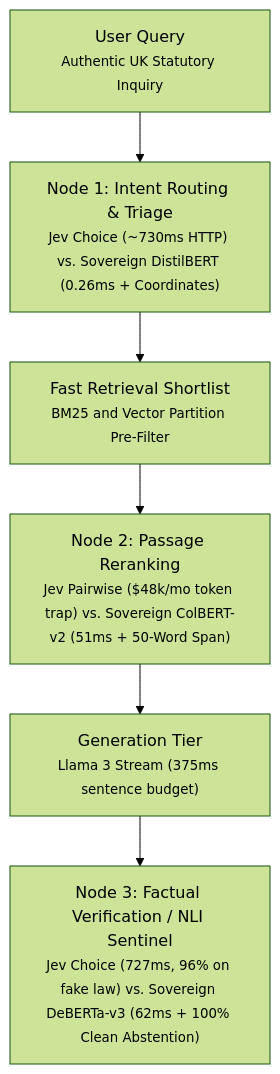
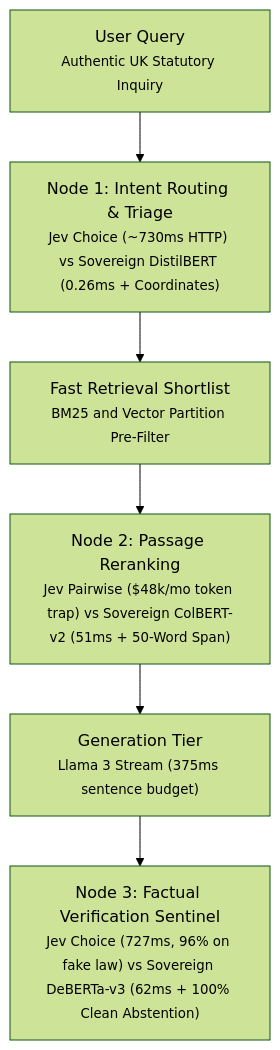
One commit to azterizm/jev-vs-sovereign-benchmark changed the diagram in README.md. Above: the diagram before and after it, drawn with Mermaid (forest theme). The commit also changed other lines of this file, not shown here.

````diff
--- a/README.md
+++ b/README.md
@@ -20,8 +10,8 @@
 ```mermaid
 flowchart TD
-    UQ["User Query<br/><small>Authentic UK Statutory Inquiry</small>"] --> N1["Node 1: Intent Routing & Triage<br/><small>Jev Choice (~730ms HTTP) vs. Sovereign DistilBERT (0.26ms + Coordinates)</small>"]
+    UQ["User Query<br/><small>Authentic UK Statutory Inquiry</small>"] --> N1["Node 1: Intent Routing & Triage<br/><small>Jev Choice (~730ms HTTP) vs Sovereign DistilBERT (0.26ms + Coordinates)</small>"]
     N1 --> BM["Fast Retrieval Shortlist<br/><small>BM25 and Vector Partition Pre-Filter</small>"]
-    BM --> N2["Node 2: Passage Reranking<br/><small>Jev Pairwise ($48k/mo token trap) vs. Sovereign ColBERT-v2 (51ms + 50-Word Span)</small>"]
+    BM --> N2["Node 2: Passage Reranking<br/><small>Jev Pairwise ($48k/mo token trap) vs Sovereign ColBERT-v2 (51ms + 50-Word Span)</small>"]
     N2 --> GEN["Generation Tier<br/><small>Llama 3 Stream (375ms sentence budget)</small>"]
-    GEN --> N3["Node 3: Factual Verification / NLI Sentinel<br/><small>Jev Choice (727ms, 96% on fake law) vs. Sovereign DeBERTa-v3 (62ms + 100% Clean Abstention)</small>"]
+    GEN --> N3["Node 3: Factual Verification Sentinel<br/><small>Jev Choice (727ms, 96% on fake law) vs Sovereign DeBERTa-v3 (62ms + 100% Clean Abstention)</small>"]
 ```
````
